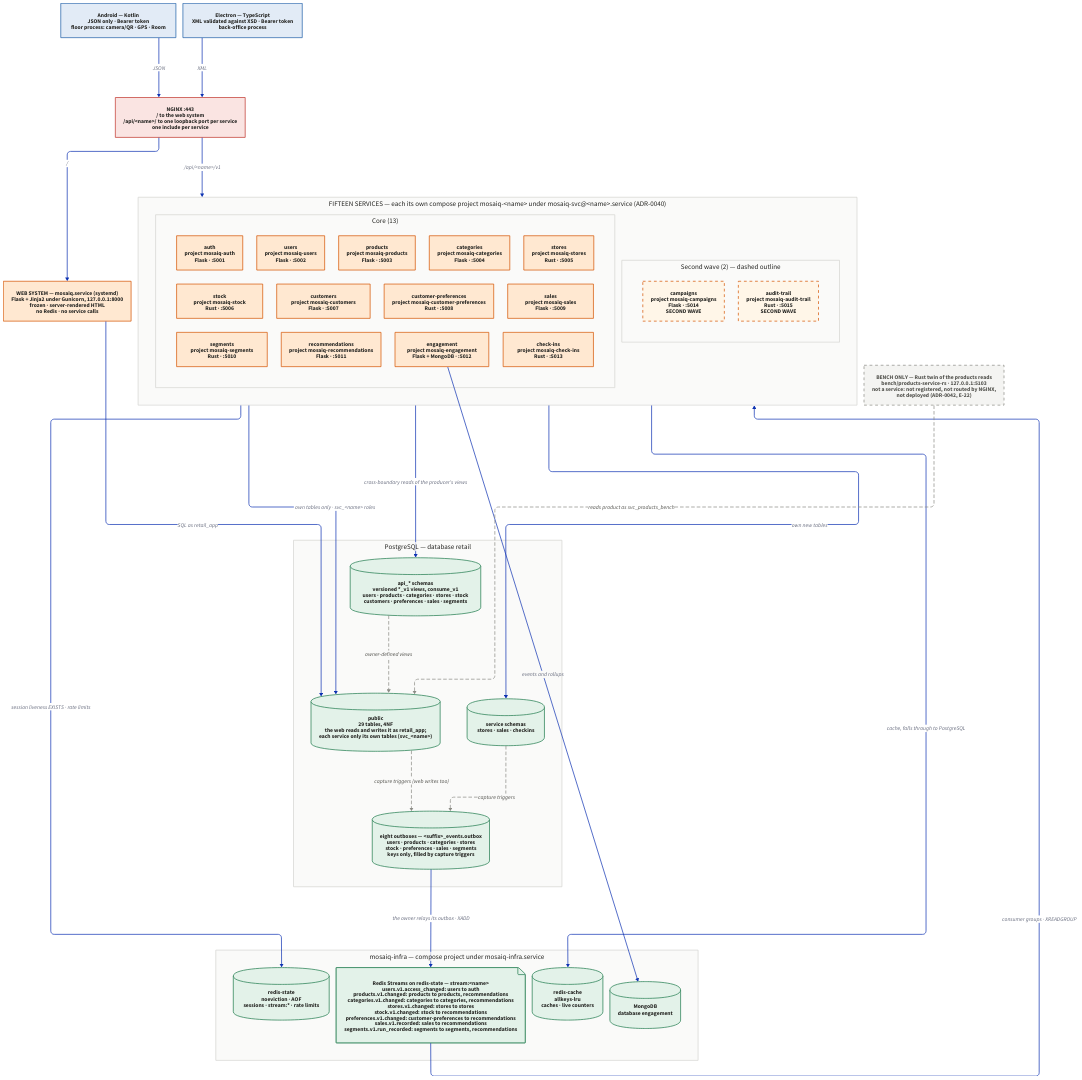
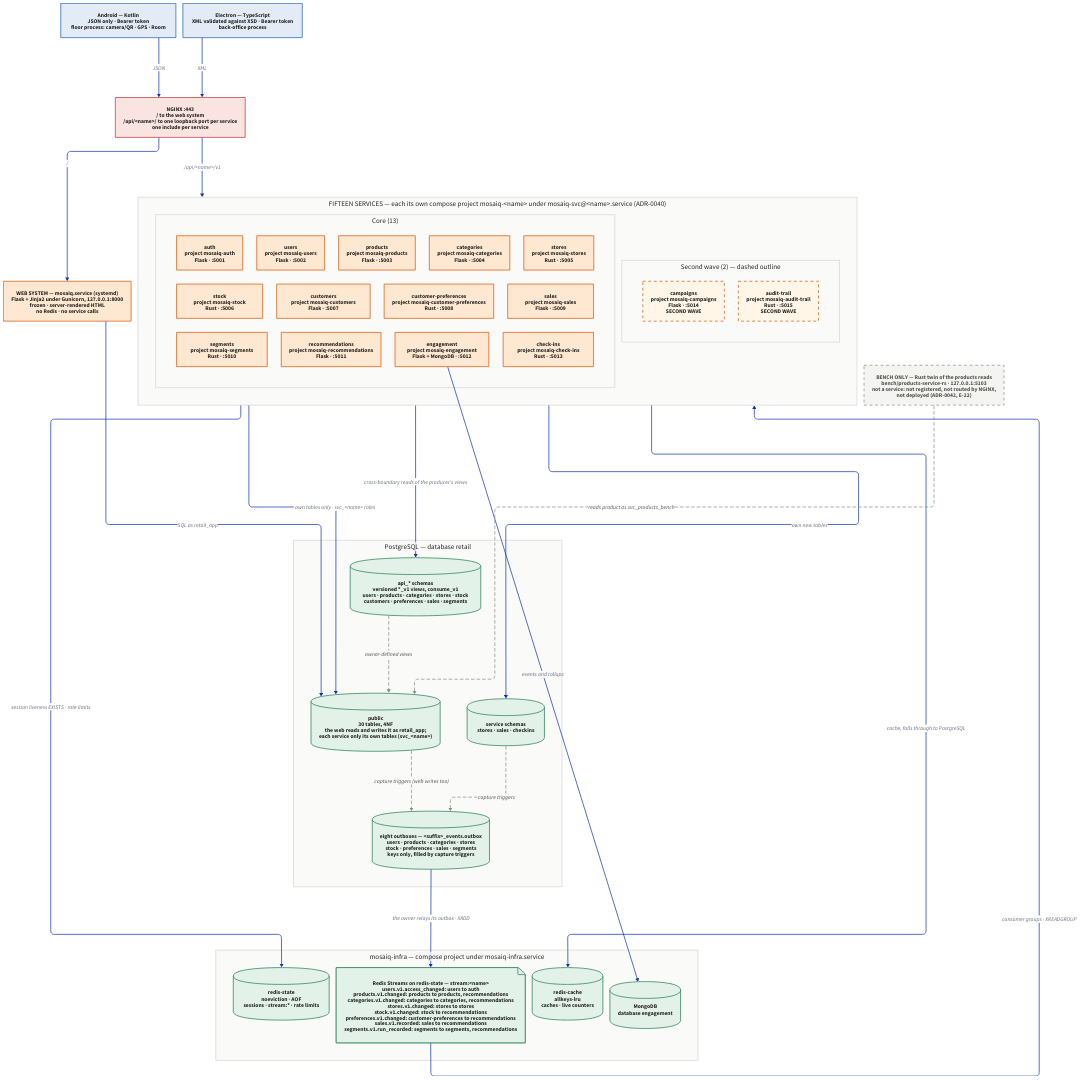
The diagram in docs/architecture/application.d2 (Equipo-03-Proyecto10/retail-segmentation), drawn with D2 before and after one commit. The commit also changed 12 other files, not shown here.

```diff
--- a/docs/architecture/application.d2
+++ b/docs/architecture/application.d2
@@ -1,167 +1,167 @@
 # Application view of the delivered system: the web system, the fifteen
 # services, the datastores they meet at, and the two clients.
 # Sources: docs/scope-delivery-2-distributed.md section 3, contracts/registry.yaml,
 # sql/01_schema.sql, deploy/infra/compose.yaml, docker/distributed/gateway/default.conf,
 # bench/README.md, ADR-0034, ADR-0035, ADR-0037, ADR-0038, ADR-0040, ADR-0041,
 # ADR-0042, ADR-0044, ADR-0045, ADR-0046.
 #
 # No arrow joins two services. They meet only through the producer's api_*
 # objects in PostgreSQL and through Redis Streams (ADR-0044), so every edge here
 # ends at a datastore, at NGINX or at a client.
 direction: down
 
 vars: {
   d2-config: {
     layout-engine: elk
   }
 }
 
 classes: {
   edgeio: {
     style: { fill: "#E2EBF6"; stroke: "#1F5FA8"; font-color: "#232320" }
   }
   gatenode: {
     style: { fill: "#FAE4E2"; stroke: "#C0342B"; font-color: "#232320" }
   }
   appnode: {
     style: { fill: "#FFE8D1"; stroke: "#D45400"; font-color: "#232320" }
   }
   svc: {
     style: { fill: "#FFE8D1"; stroke: "#D45400"; font-color: "#232320" }
   }
   svc2: {
     style: {
       fill: "#FFF6E8"; stroke: "#D45400"; font-color: "#232320"
       stroke-dash: 4; stroke-width: 2
     }
   }
   store: {
     style: { fill: "#E3F2E9"; stroke: "#1F7A4C"; font-color: "#232320" }
   }
   bench: {
     style: {
       fill: "#F4F4F2"; stroke: "#8C8C86"; font-color: "#4F4F4A"
       stroke-dash: 4
     }
   }
   layer: {
     style: { fill: "#FAFAF9"; stroke: "#D5D5D1"; font-color: "#232320"; font-size: 20 }
   }
 }
 
 android: "Android — Kotlin\nJSON only · Bearer token\nfloor process: camera/QR · GPS · Room" {
   class: edgeio
 }
 electron: "Electron — TypeScript\nXML validated against XSD · Bearer token\nback-office process" {
   class: edgeio
 }
 
 nginx: "NGINX :443\n/  to the web system\n/api/<name>/ to one loopback port per service\none include per service" {
   class: gatenode
 }
 
 web: "WEB SYSTEM — mosaiq.service (systemd)\nFlask + Jinja2 under Gunicorn, 127.0.0.1:8000\nfrozen · server-rendered HTML\nno Redis · no service calls" {
   class: appnode
 }
 
 services: "FIFTEEN SERVICES — each its own compose project mosaiq-<name> under mosaiq-svc@<name>.service (ADR-0040)" {
   class: layer
 
   core: "Core (13)" {
     class: layer
     grid-rows: 3
       "auth": "auth\nproject mosaiq-auth\nFlask · :5001" { class: svc }
       "users": "users\nproject mosaiq-users\nFlask · :5002" { class: svc }
       "products": "products\nproject mosaiq-products\nFlask · :5003" { class: svc }
       "categories": "categories\nproject mosaiq-categories\nFlask · :5004" { class: svc }
       "stores": "stores\nproject mosaiq-stores\nRust · :5005" { class: svc }
       "stock": "stock\nproject mosaiq-stock\nRust · :5006" { class: svc }
       "customers": "customers\nproject mosaiq-customers\nFlask · :5007" { class: svc }
       "customer-preferences": "customer-preferences\nproject mosaiq-customer-preferences\nRust · :5008" { class: svc }
       "sales": "sales\nproject mosaiq-sales\nFlask · :5009" { class: svc }
       "segments": "segments\nproject mosaiq-segments\nRust · :5010" { class: svc }
       "recommendations": "recommendations\nproject mosaiq-recommendations\nFlask · :5011" { class: svc }
       "engagement": "engagement\nproject mosaiq-engagement\nFlask + MongoDB · :5012" { class: svc }
       "check-ins": "check-ins\nproject mosaiq-check-ins\nRust · :5013" { class: svc }
   }
   second: "Second wave (2) — dashed outline" {
     class: layer
     grid-columns: 2
       "campaigns": "campaigns\nproject mosaiq-campaigns\nFlask · :5014\nSECOND WAVE" { class: svc2 }
       "audit-trail": "audit-trail\nproject mosaiq-audit-trail\nRust · :5015\nSECOND WAVE" { class: svc2 }
   }
 }
 
 bench: "BENCH ONLY — Rust twin of the products reads\nbench/products-service-rs · 127.0.0.1:5103\nnot a service: not registered, not routed by NGINX,\nnot deployed (ADR-0042, E-22)" {
   class: bench
 }
 
 pg: "PostgreSQL — database retail" {
   class: layer
-  public: "public\n29 tables, 4NF\nthe web reads and writes it as retail_app;\neach service only its own tables (svc_<name>)" {
+  public: "public\n30 tables, 4NF\nthe web reads and writes it as retail_app;\neach service only its own tables (svc_<name>)" {
     class: store
     shape: cylinder
   }
   svcschemas: "service schemas\nstores · sales · checkins" {
     class: store
     shape: cylinder
   }
   api: "api_* schemas\nversioned *_v1 views, consume_v1\nusers · products · categories · stores · stock\ncustomers · preferences · sales · segments" {
     class: store
     shape: cylinder
   }
   outbox: "eight outboxes — <suffix>_events.outbox\nusers · products · categories · stores\nstock · preferences · sales · segments\nkeys only, filled by capture triggers" {
     class: store
     shape: cylinder
   }
 }
 
 infra: "mosaiq-infra — compose project under mosaiq-infra.service" {
   class: layer
   rs: "redis-state\nnoeviction · AOF\nsessions · stream:* · rate limits" {
     class: store
     shape: cylinder
   }
   streams: "Redis Streams on redis-state — stream:<name>\nusers.v1.access_changed: users to auth\nproducts.v1.changed: products to products, recommendations\ncategories.v1.changed: categories to categories, recommendations\nstores.v1.changed: stores to stores\nstock.v1.changed: stock to recommendations\npreferences.v1.changed: customer-preferences to recommendations\nsales.v1.recorded: sales to recommendations\nsegments.v1.run_recorded: segments to segments, recommendations" {
     class: store
     shape: page
   }
   rc: "redis-cache\nallkeys-lru\ncaches · live counters" {
     class: store
     shape: cylinder
   }
   mongo: "MongoDB\ndatabase engagement" {
     class: store
     shape: cylinder
   }
 }
 
 android -> nginx: "JSON"
 electron -> nginx: "XML"
 nginx -> web: "/"
 nginx -> services: "/api/<name>/v1"
 
 web -> pg.public: "SQL as retail_app"
 services -> pg.public: "own tables only · svc_<name> roles"
 services -> pg.svcschemas: "own new tables"
 services -> pg.api: "cross-boundary reads of the producer's views"
 pg.api -> pg.public: "owner-defined views" {
   style: { stroke-dash: 4; stroke: "#8C8C86"; font-color: "#4F4F4A" }
 }
 pg.public -> pg.outbox: "capture triggers (web writes too)" {
   style: { stroke-dash: 4; stroke: "#8C8C86"; font-color: "#4F4F4A" }
 }
 pg.svcschemas -> pg.outbox: "capture triggers" {
   style: { stroke-dash: 4; stroke: "#8C8C86"; font-color: "#4F4F4A" }
 }
 
 pg.outbox -> infra.streams: "the owner relays its outbox · XADD"
 infra.streams -> services: "consumer groups · XREADGROUP"
 
 services -> infra.rs: "session liveness EXISTS · rate limits"
 services -> infra.rc: "cache, falls through to PostgreSQL"
 services.core.engagement -> infra.mongo: "events and rollups"
 
 bench -> pg.public: "reads product as svc_products_bench" {
   style: { stroke-dash: 4; stroke: "#8C8C86"; font-color: "#4F4F4A" }
 }
```
